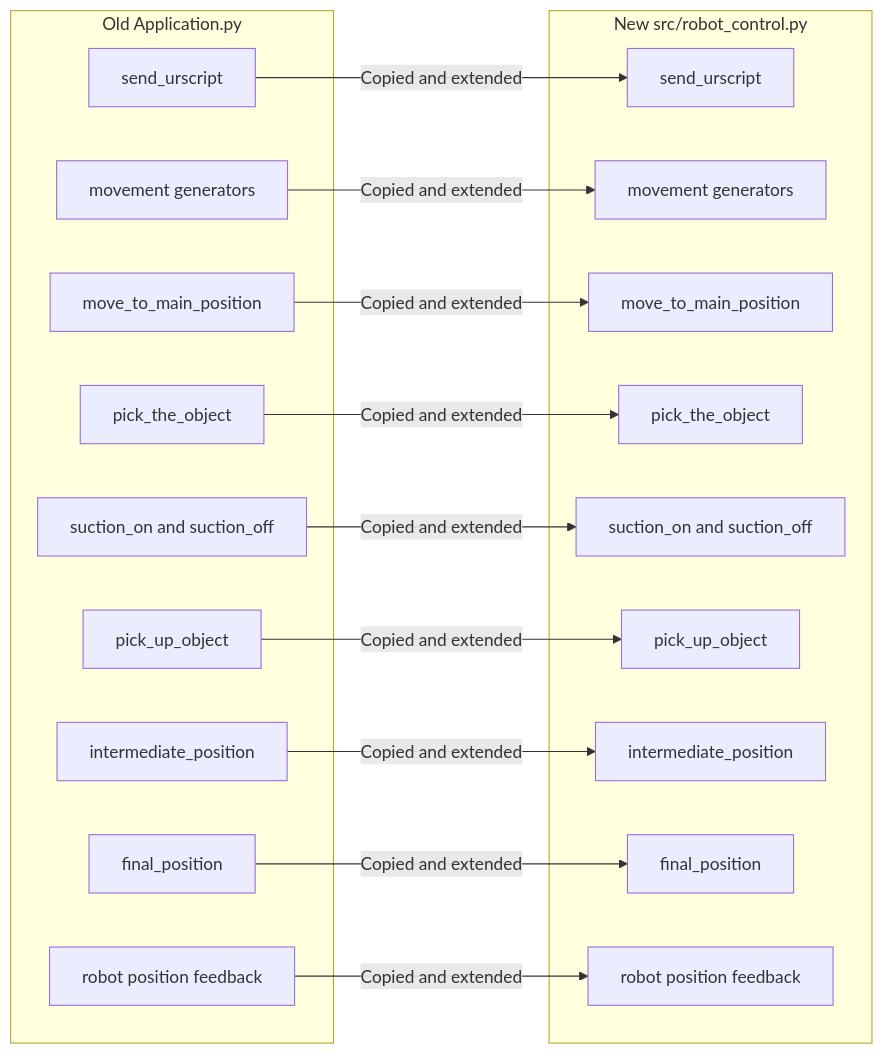
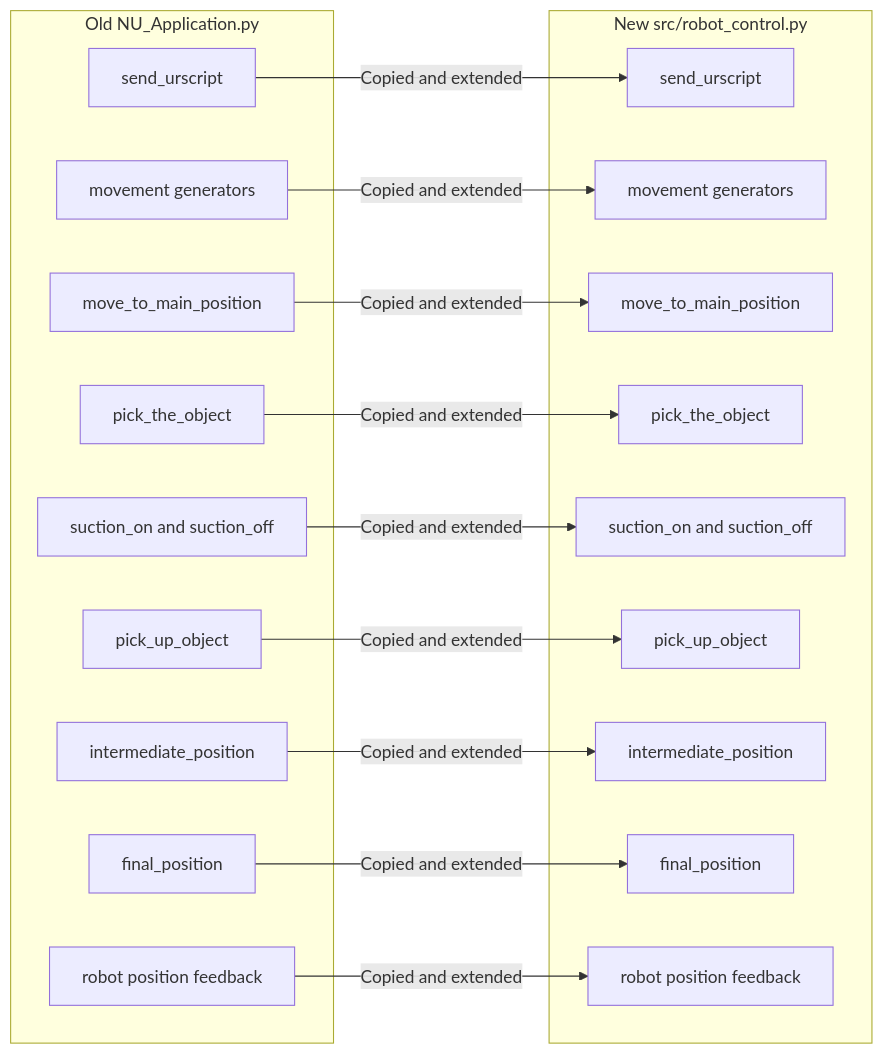
Before and after one commit to Gaurang8200/MASTER_THESIS: the second of 8 diagrams in UR_Audio_Steuerung_Using_LLM/OLD_NEW_SCRIPT_COMMUNICATION.md, drawn with Mermaid. The commit also changed other lines of this file and 107 other files, not shown here.

````diff
--- a/UR_Audio_Steuerung_Using_LLM/OLD_NEW_SCRIPT_COMMUNICATION.md
+++ b/UR_Audio_Steuerung_Using_LLM/OLD_NEW_SCRIPT_COMMUNICATION.md
@@ -47,36 +47,36 @@
 ```mermaid
 flowchart LR
-    subgraph OldApplication["Old Application.py"]
+    subgraph OldApplication["Old NU_Application.py"]
         OldSend["send_urscript"]
         OldMove["movement generators"]
         OldMain["move_to_main_position"]
         OldPick["pick_the_object"]
         OldVacuum["suction_on and suction_off"]
         OldLift["pick_up_object"]
         OldIntermediate["intermediate_position"]
         OldFinal["final_position"]
         OldFeedback["robot position feedback"]
     end
 
     subgraph NewController["New src/robot_control.py"]
         NewSend["send_urscript"]
         NewMove["movement generators"]
         NewMain["move_to_main_position"]
         NewPick["pick_the_object"]
         NewVacuum["suction_on and suction_off"]
         NewLift["pick_up_object"]
         NewIntermediate["intermediate_position"]
         NewFinal["final_position"]
         NewFeedback["robot position feedback"]
     end
 
     OldSend -->|Copied and extended| NewSend
     OldMove -->|Copied and extended| NewMove
     OldMain -->|Copied and extended| NewMain
     OldPick -->|Copied and extended| NewPick
     OldVacuum -->|Copied and extended| NewVacuum
     OldLift -->|Copied and extended| NewLift
     OldIntermediate -->|Copied and extended| NewIntermediate
     OldFinal -->|Copied and extended| NewFinal
     OldFeedback -->|Copied and extended| NewFeedback
 ```
````
